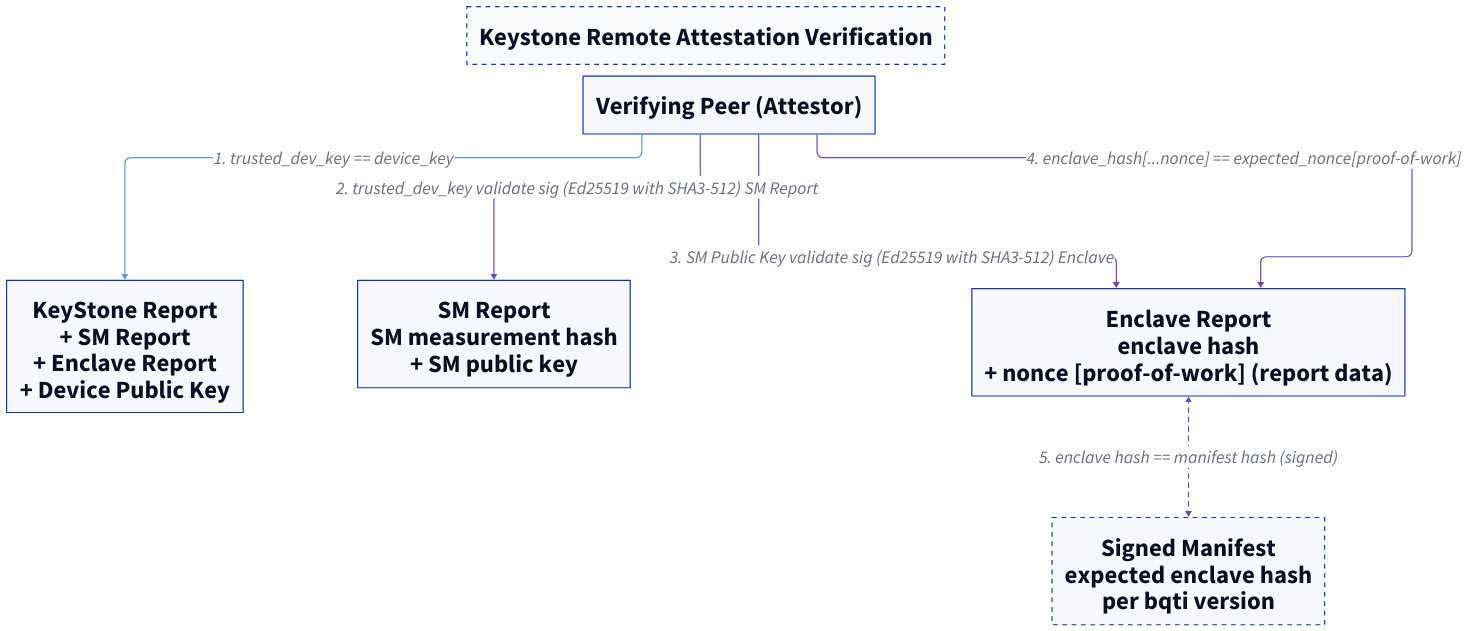
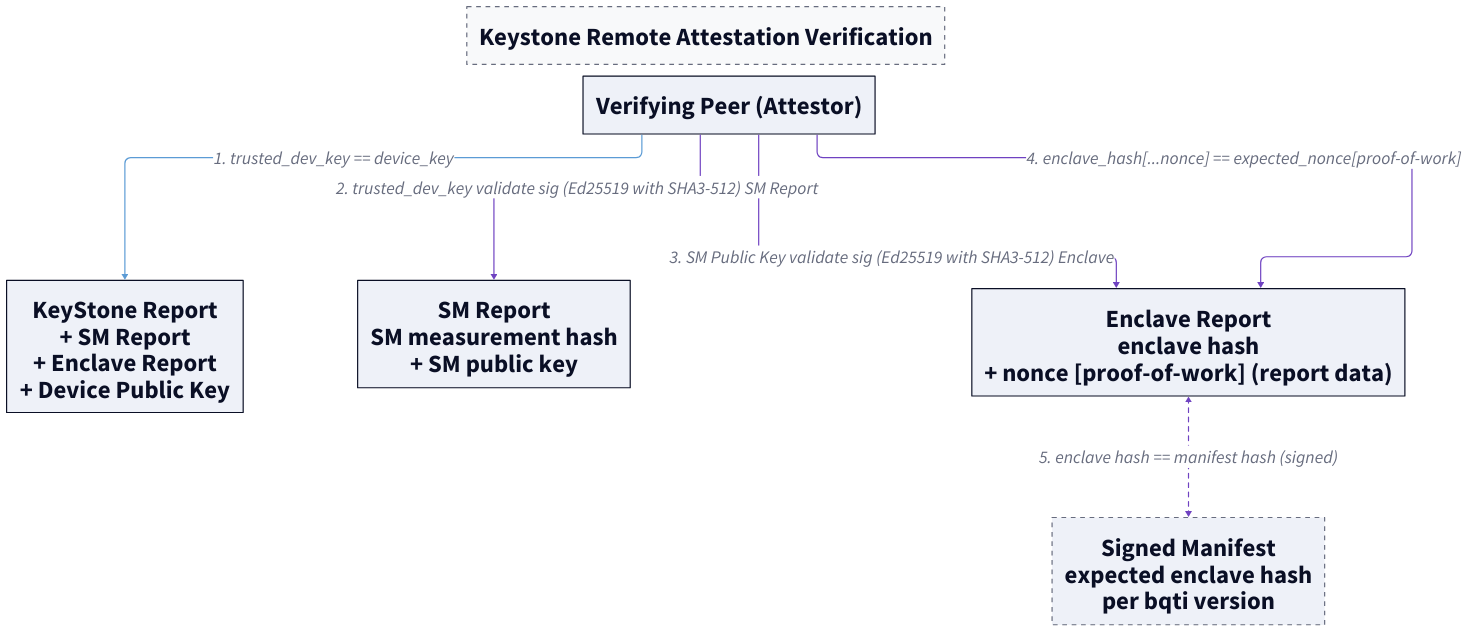
Before and after one commit to OnlyCavas/thesis: the diagram in Org/diagrams/067/verification_keystone.d2, drawn with D2. The commit also changed 18 other files, not shown here.

```diff
--- a/Org/diagrams/067/verification_keystone.d2
+++ b/Org/diagrams/067/verification_keystone.d2
@@ -1,65 +1,66 @@
 vars: {
   d2-config: {
     layout-engine: elk
+    theme-id: 1
   }
 }
 
 direction: down
 conn: Keystone Remote Attestation Verification {
   style.fill: "#f8f9fa"
   style.stroke-dash: 4
   style.font-size: 42
   near: top-center
 }
 
 sm: Security Monitor Report {
   label: "SM Report\nSM measurement hash\n+ SM public key"
   style.font-size: 42
 }
 
 enclave: Enclave Report {
   style.font-size: 42
   label: "Enclave Report\nenclave hash\n+ nonce [proof-of-work] (report data)"
 }
 
 manifest: Developer Manifest {
   style.stroke-dash: 4
   style.font-size: 42
   label: "Signed Manifest\nexpected enclave hash\nper bqti version"
 }
 
 verifier: Verifier {
   style.font-size: 42
   label: "Verifying Peer (Attestor)"
 }
 
 report: Keystone Report {
   style.font-size: 42
   label: "KeyStone Report\n+ SM Report\n+ Enclave Report\n+ Device Public Key"
 }
 
 verifier -> report: 1. trusted_dev_key == device_key {
   style.font-size: 30
   style.stroke: "#5B9BD5"
 }
 
 verifier -> sm: 2. trusted_dev_key validate sig (Ed25519 with SHA3-512) SM Report {
   style.font-size: 30
   style.stroke: "#6f42c1"
 }
 
 verifier -> enclave: 3. SM Public Key validate sig (Ed25519 with SHA3-512) Enclave {
   style.font-size: 30
   style.stroke: "#6f42c1"
 }
 
 verifier -> enclave: 4. enclave_hash\[...nonce\] == expected_nonce\[proof-of-work\] {
   style.font-size: 30
   style.stroke: "#6f42c1"
 }
 
 enclave <-> manifest: 5. enclave hash == manifest hash (signed) {
   style.font-size: 30
   style.stroke: "#6f42c1"
   style.stroke-dash: 4
 }
```
